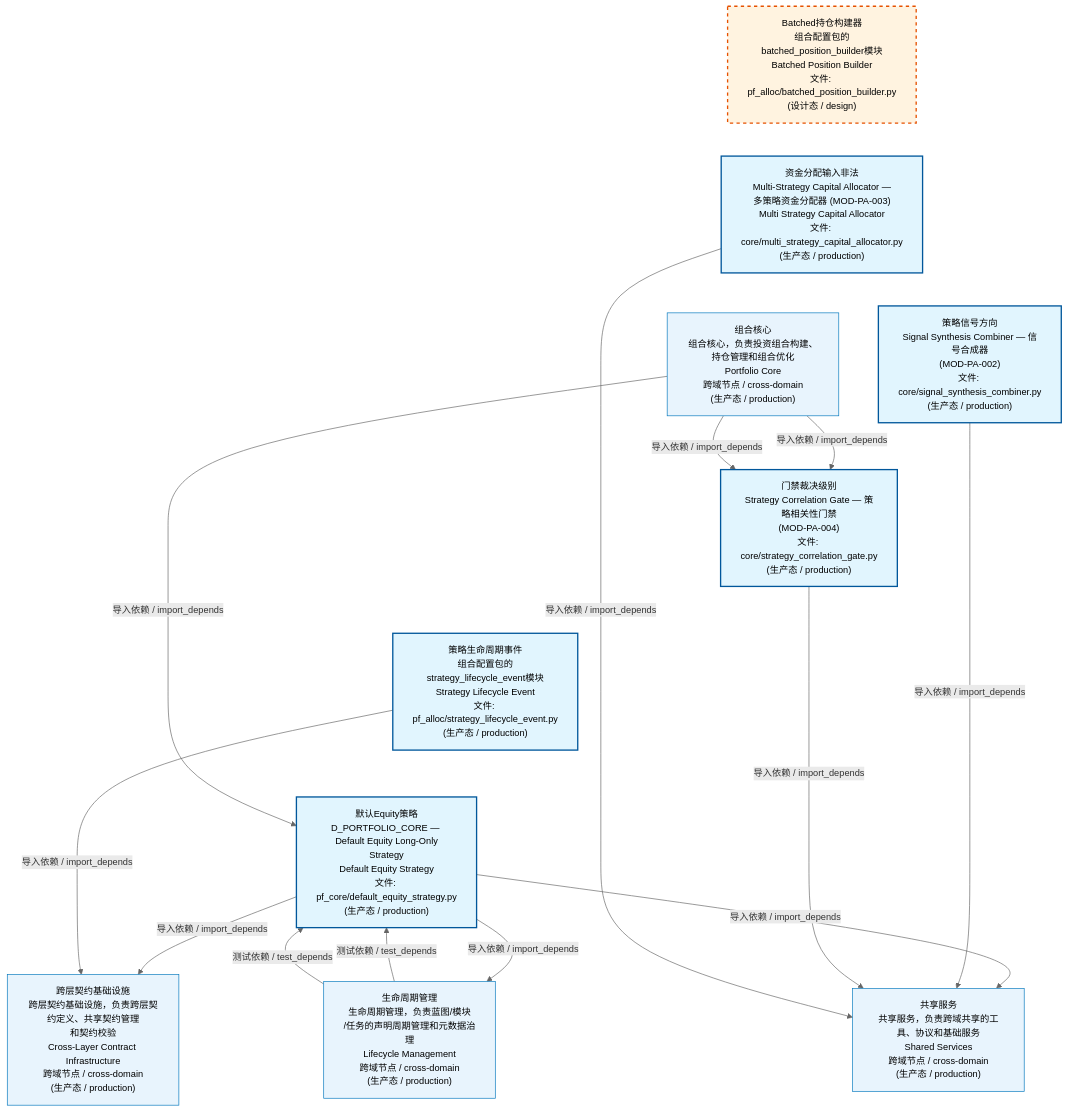
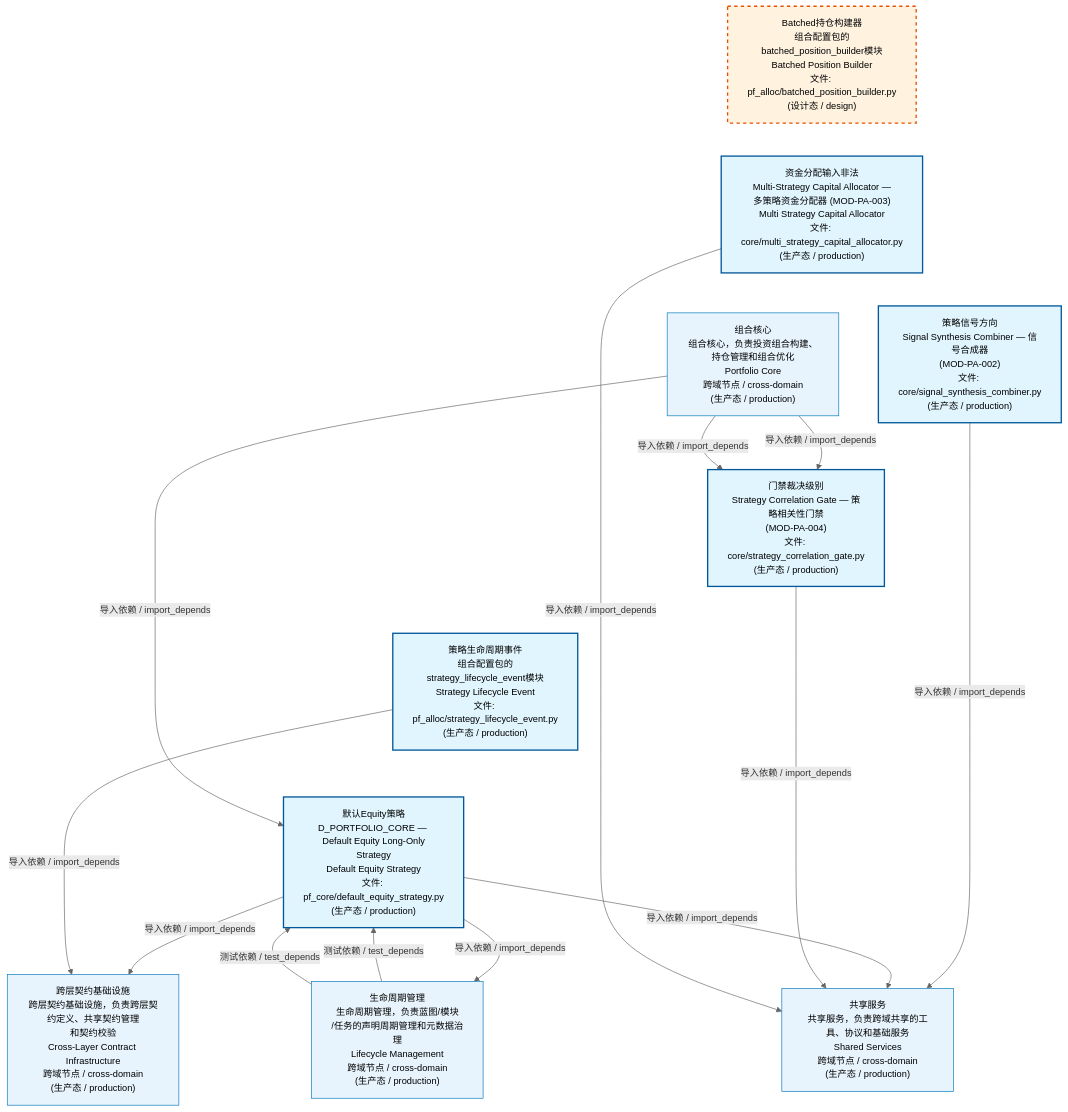
Before and after one commit to xuanFelixVan/ZephyrAlpha: the first of 4 diagrams in docs/02_enterprise_architecture/02_domain_architecture_docs/62_d_pf_alloc.md, drawn with Mermaid. The commit also changed other lines of this file and 41 other files, not shown here.

````diff
--- a/docs/02_enterprise_architecture/02_domain_architecture_docs/62_d_pf_alloc.md
+++ b/docs/02_enterprise_architecture/02_domain_architecture_docs/62_d_pf_alloc.md
@@ -53,38 +53,38 @@
 ```mermaid
 %%{init: {'theme': 'base', 'themeVariables': {'primaryColor': '#eaeaea', 'primaryTextColor': '#333333', 'primaryBorderColor': '#666666', 'lineColor': '#666666', 'secondaryColor': '#eaeaea', 'tertiaryColor': '#eaeaea', 'fontSize': '14px'}}}%%
 flowchart TD
     src_zephyr_pf_alloc_batched_position_builder_py["Batched持仓构建器<br/>组合配置包的batched_position_builder模块<br/>Batched Position Builder<br/>文件: pf_alloc/batched_position_builder.py<br/>(设计态 / design)"]
     src_zephyr_pf_alloc_core_multi_strategy_capital_allocator_py["资金分配输入非法<br/>Multi-Strategy Capital Allocator —<br/>多策略资金分配器 (MOD-PA-003)<br/>Multi Strategy Capital Allocator<br/>文件: core/multi_strategy_capital_allocator.py<br/>(生产态 / production)"]
     src_zephyr_pf_alloc_core_signal_synthesis_combiner_py["策略信号方向<br/>Signal Synthesis Combiner — 信号合成器<br/>(MOD-PA-002)<br/>文件: core/signal_synthesis_combiner.py<br/>(生产态 / production)"]
     src_zephyr_pf_alloc_core_strategy_correlation_gate_py["门禁裁决级别<br/>Strategy Correlation Gate — 策略相关性门禁<br/>(MOD-PA-004)<br/>文件: core/strategy_correlation_gate.py<br/>(生产态 / production)"]
     src_zephyr_pf_alloc_strategy_lifecycle_event_py["策略生命周期事件<br/>组合配置包的strategy_lifecycle_event模块<br/>Strategy Lifecycle Event<br/>文件: pf_alloc/strategy_lifecycle_event.py<br/>(生产态 / production)"]
     src_zephyr_pf_core_default_equity_strategy_py["默认Equity策略<br/>D_PORTFOLIO_CORE — Default Equity Long-Only<br/>Strategy<br/>Default Equity Strategy<br/>文件: pf_core/default_equity_strategy.py<br/>(生产态 / production)"]
     src_zephyr_pf_alloc_batched_position_builder_py ~~~ src_zephyr_pf_alloc_core_multi_strategy_capital_allocator_py
     src_zephyr_pf_alloc_core_multi_strategy_capital_allocator_py ~~~ src_zephyr_pf_alloc_core_signal_synthesis_combiner_py
     src_zephyr_pf_alloc_core_signal_synthesis_combiner_py ~~~ src_zephyr_pf_alloc_core_strategy_correlation_gate_py
     src_zephyr_pf_alloc_core_strategy_correlation_gate_py ~~~ src_zephyr_pf_alloc_strategy_lifecycle_event_py
     src_zephyr_pf_alloc_strategy_lifecycle_event_py ~~~ src_zephyr_pf_core_default_equity_strategy_py
     D_GOVERNANCE["生命周期管理<br/>生命周期管理，负责蓝图/模块<br/>/任务的声明周期管理和元数据治理<br/>Lifecycle Management<br/>跨域节点 / cross-domain<br/>(生产态 / production)"]
     src_zephyr_pf_core_default_equity_strategy_py -->|导入依赖 / import_depends| D_GOVERNANCE
     D_SHARED["共享服务<br/>共享服务，负责跨域共享的工具、协议和基础服务<br/>Shared Services<br/>跨域节点 / cross-domain<br/>(生产态 / production)"]
+    src_zephyr_pf_alloc_core_signal_synthesis_combiner_py -->|导入依赖 / import_depends| D_SHARED
     src_zephyr_pf_core_default_equity_strategy_py -->|导入依赖 / import_depends| D_SHARED
-    src_zephyr_pf_alloc_core_signal_synthesis_combiner_py -->|导入依赖 / import_depends| D_SHARED
     src_zephyr_pf_alloc_core_strategy_correlation_gate_py -->|导入依赖 / import_depends| D_SHARED
     src_zephyr_pf_alloc_core_multi_strategy_capital_allocator_py -->|导入依赖 / import_depends| D_SHARED
     D_INFRASTRUCTURE["跨层契约基础设施<br/>跨层契约基础设施，负责跨层契约定义、共享契约管理<br/>和契约校验<br/>Cross-Layer Contract Infrastructure<br/>跨域节点 / cross-domain<br/>(生产态 / production)"]
     src_zephyr_pf_core_default_equity_strategy_py -->|导入依赖 / import_depends| D_INFRASTRUCTURE
     src_zephyr_pf_alloc_strategy_lifecycle_event_py -->|导入依赖 / import_depends| D_INFRASTRUCTURE
     D_PF_CORE["组合核心<br/>组合核心，负责投资组合构建、持仓管理和组合优化<br/>Portfolio Core<br/>跨域节点 / cross-domain<br/>(生产态 / production)"]
     D_PF_CORE -->|导入依赖 / import_depends| src_zephyr_pf_alloc_core_strategy_correlation_gate_py
     D_GOVERNANCE -->|测试依赖 / test_depends| src_zephyr_pf_core_default_equity_strategy_py
     D_GOVERNANCE -->|测试依赖 / test_depends| src_zephyr_pf_core_default_equity_strategy_py
     D_PF_CORE -->|导入依赖 / import_depends| src_zephyr_pf_alloc_core_strategy_correlation_gate_py
     D_PF_CORE -->|导入依赖 / import_depends| src_zephyr_pf_core_default_equity_strategy_py
     classDef production fill:#e1f5fe,stroke:#01579b,stroke-width:2px,color:#000
     classDef design fill:#fff3e0,stroke:#e65100,stroke-width:2px,color:#000,stroke-dasharray: 5 5
     classDef external_prod fill:#e8f4fd,stroke:#0277bd,stroke-width:1px,color:#000
     classDef external_design fill:#fff8e7,stroke:#ef6c00,stroke-width:1px,color:#000,stroke-dasharray: 5 5
     class src_zephyr_pf_alloc_core_multi_strategy_capital_allocator_py,src_zephyr_pf_alloc_core_signal_synthesis_combiner_py,src_zephyr_pf_alloc_core_strategy_correlation_gate_py,src_zephyr_pf_alloc_strategy_lifecycle_event_py,src_zephyr_pf_core_default_equity_strategy_py production
     class src_zephyr_pf_alloc_batched_position_builder_py design
     class D_GOVERNANCE,D_SHARED,D_INFRASTRUCTURE,D_PF_CORE external_prod
 ```
````
